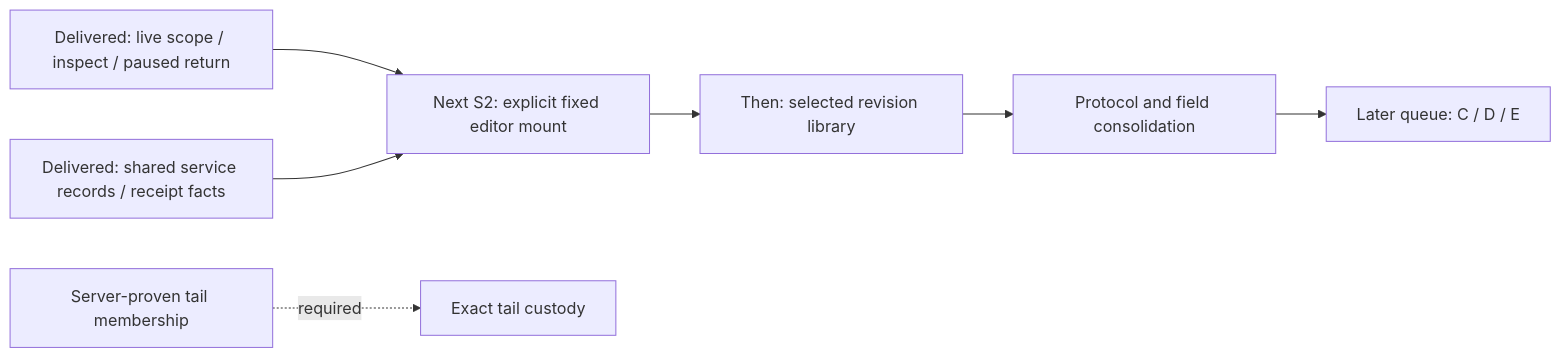
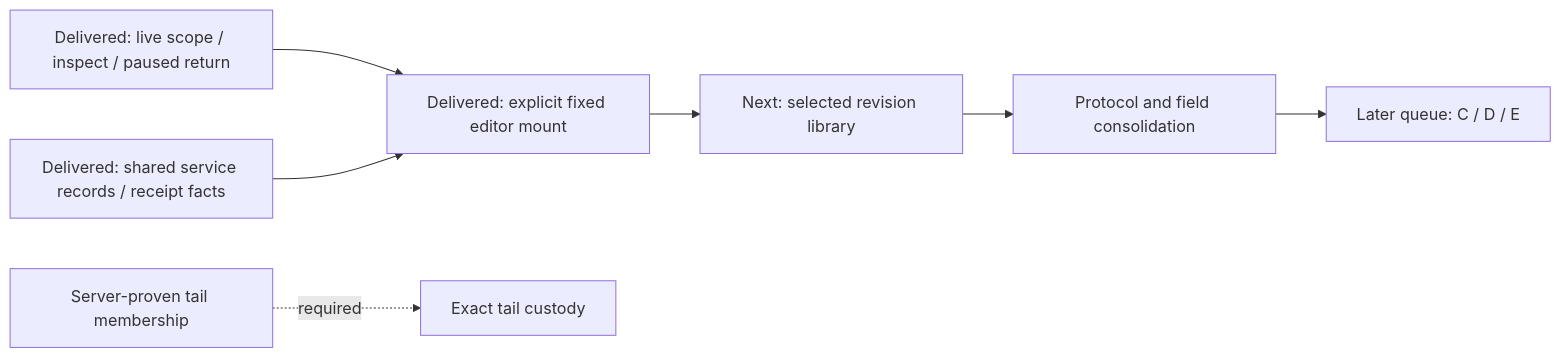
Before and after one commit to casselc/goo: the diagram in docs/S2_A3_ACCEPTANCE.md, drawn with Mermaid. The commit also changed other lines of this file and 43 other files, not shown here.

Commit message:
Mount fixed question authoring only on explicit entry

````diff
--- a/docs/S2_A3_ACCEPTANCE.md
+++ b/docs/S2_A3_ACCEPTANCE.md
@@ -44,9 +47,9 @@
 ```mermaid
 flowchart LR
-  S2[Delivered: live scope / inspect / paused return] --> Gate[Next S2: explicit fixed editor mount]
+  S2[Delivered: live scope / inspect / paused return] --> Gate[Delivered: explicit fixed editor mount]
   A3[Delivered: shared service records / receipt facts] --> Gate
-  Gate --> B1[Then: selected revision library]
+  Gate --> B1[Next: selected revision library]
   B1 --> B2[Protocol and field consolidation]
   B2 --> Later[Later queue: C / D / E]
   Capability[Server-proven tail membership] -. required .-> S3[Exact tail custody]
 ```
````
